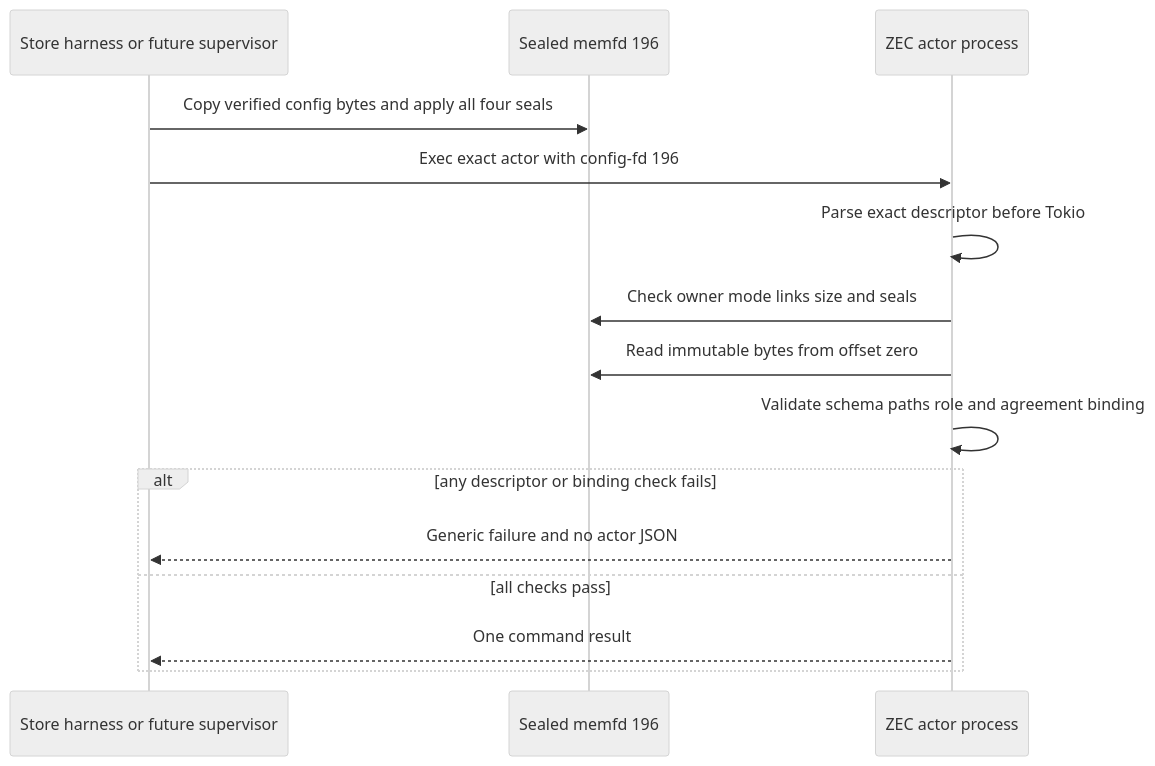
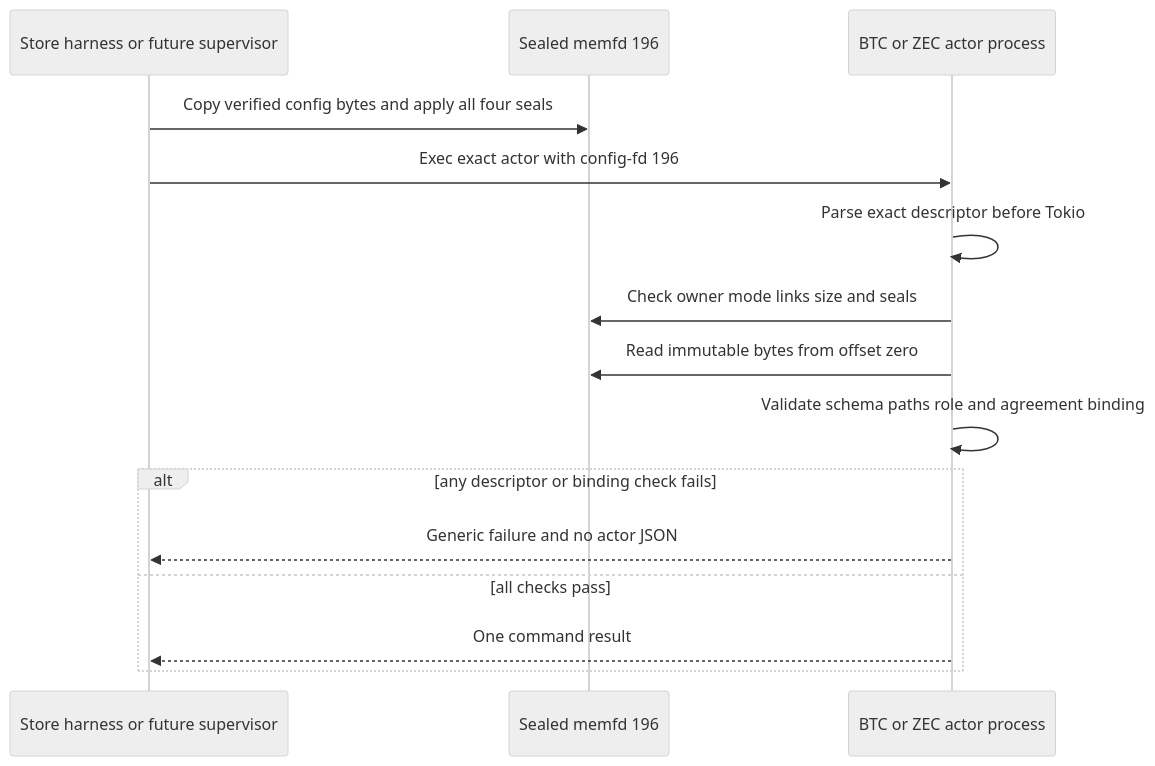
The second of 4 diagrams in docs/architecture/0100-fence-maker-actor-process-leases.md (gateway-fm/lez-atomic-swaps), drawn with Mermaid (neutral theme) before and after one commit. The commit also changed other lines of this file and 10 other files, not shown here.

````diff
--- a/docs/architecture/0100-fence-maker-actor-process-leases.md
+++ b/docs/architecture/0100-fence-maker-actor-process-leases.md
@@ -106,17 +109,17 @@
 ```mermaid
 sequenceDiagram
     participant S as Store harness or future supervisor
     participant M as Sealed memfd 196
-    participant A as ZEC actor process
+    participant A as BTC or ZEC actor process
     S->>M: Copy verified config bytes and apply all four seals
     S->>A: Exec exact actor with config-fd 196
     A->>A: Parse exact descriptor before Tokio
     A->>M: Check owner mode links size and seals
     A->>M: Read immutable bytes from offset zero
     A->>A: Validate schema paths role and agreement binding
     alt any descriptor or binding check fails
         A-->>S: Generic failure and no actor JSON
     else all checks pass
         A-->>S: One command result
     end
 ```
````
